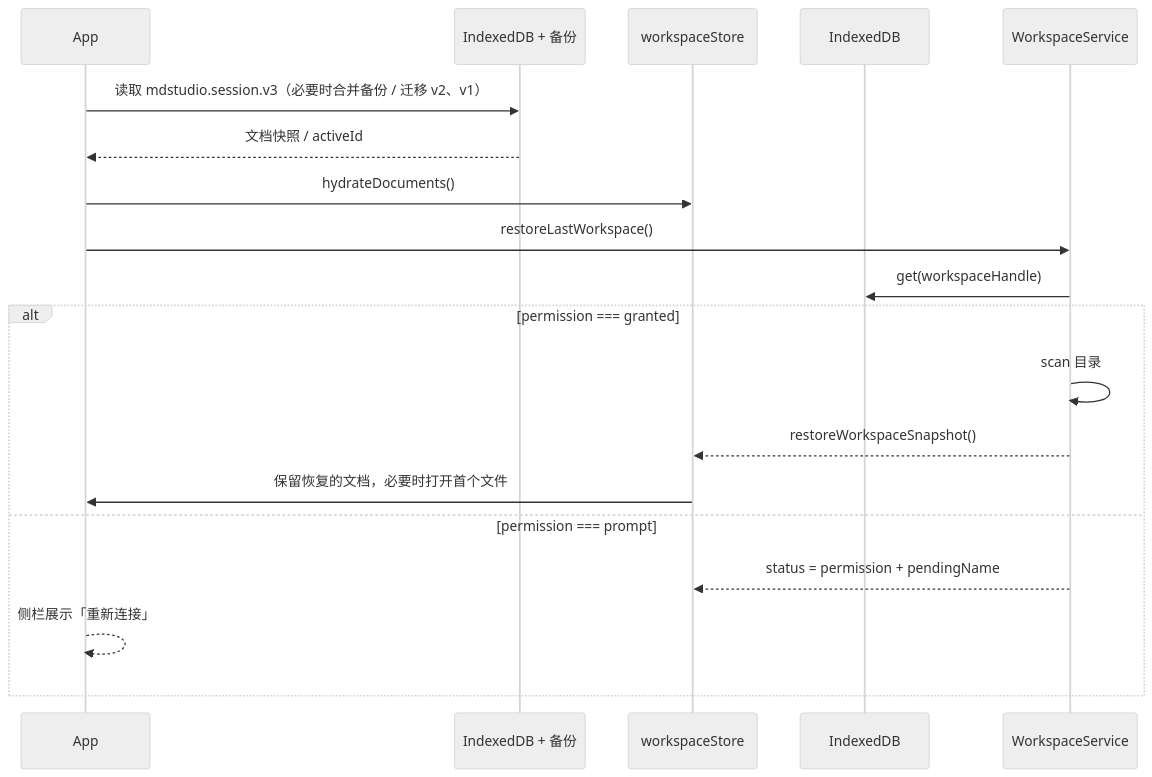
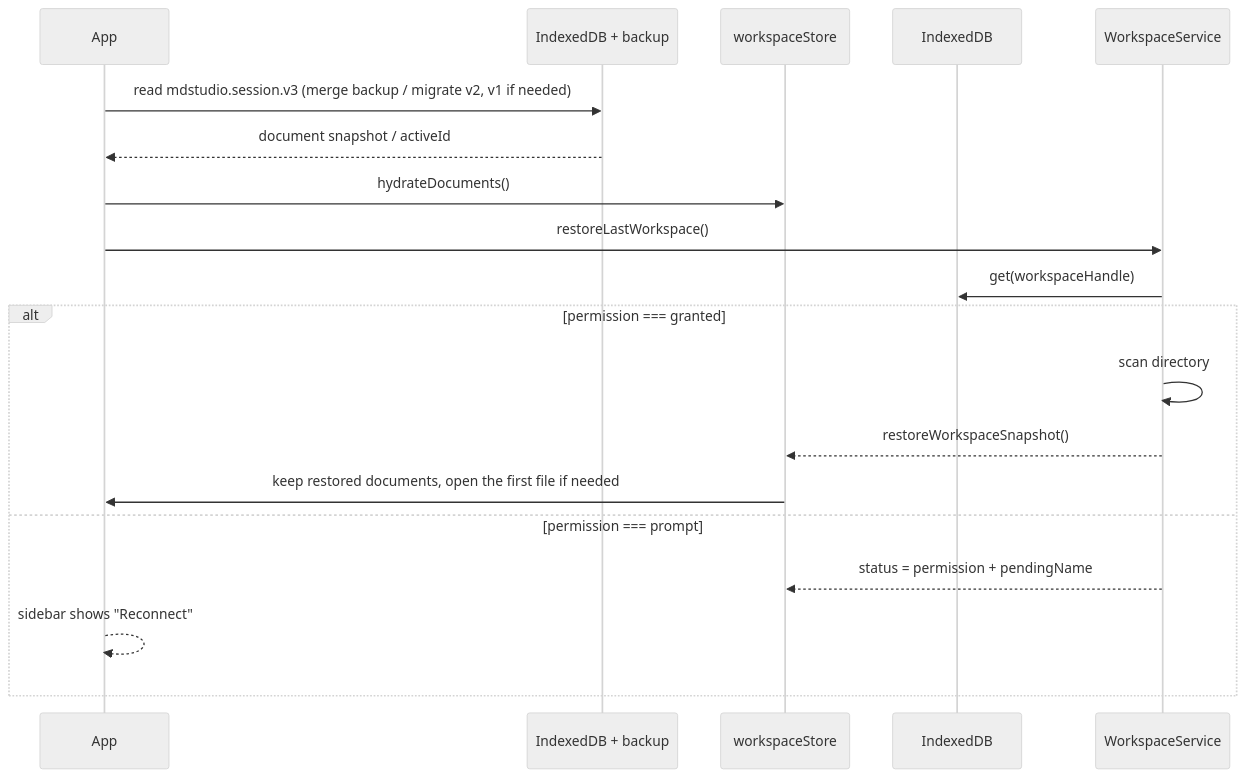
The second of 5 diagrams in docs/ARCHITECTURE.md (yvnli/markdown-studio), drawn with Mermaid (neutral theme) before and after one commit. The commit also changed other lines of this file and 5 other files, not shown here.

````diff
--- a/docs/ARCHITECTURE.md
+++ b/docs/ARCHITECTURE.md
@@ -296,21 +299,21 @@
 ```mermaid
 sequenceDiagram
   participant App
-  participant Session as IndexedDB + 备份
+  participant Session as IndexedDB + backup
   participant Store as workspaceStore
   participant IDB as IndexedDB
   participant FS as WorkspaceService
-  App->>Session: 读取 mdstudio.session.v3（必要时合并备份 / 迁移 v2、v1）
-  Session-->>App: 文档快照 / activeId
+  App->>Session: read mdstudio.session.v3 (merge backup / migrate v2, v1 if needed)
+  Session-->>App: document snapshot / activeId
   App->>Store: hydrateDocuments()
   App->>FS: restoreLastWorkspace()
   FS->>IDB: get(workspaceHandle)
   alt permission === granted
-    FS->>FS: scan 目录
+    FS->>FS: scan directory
     FS-->>Store: restoreWorkspaceSnapshot()
-    Store->>App: 保留恢复的文档，必要时打开首个文件
+    Store->>App: keep restored documents, open the first file if needed
   else permission === prompt
     FS-->>Store: status = permission + pendingName
-    App-->>App: 侧栏展示「重新连接」
+    App-->>App: sidebar shows "Reconnect"
   end
 ```
````
